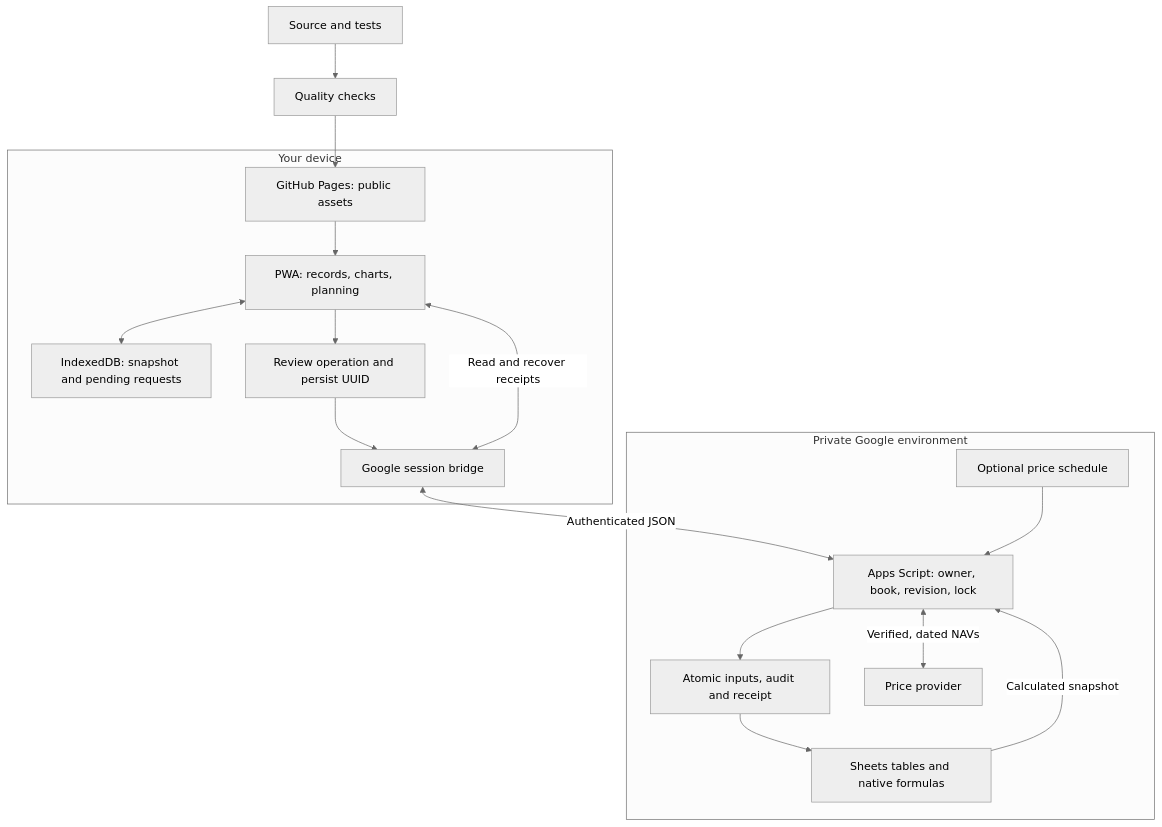
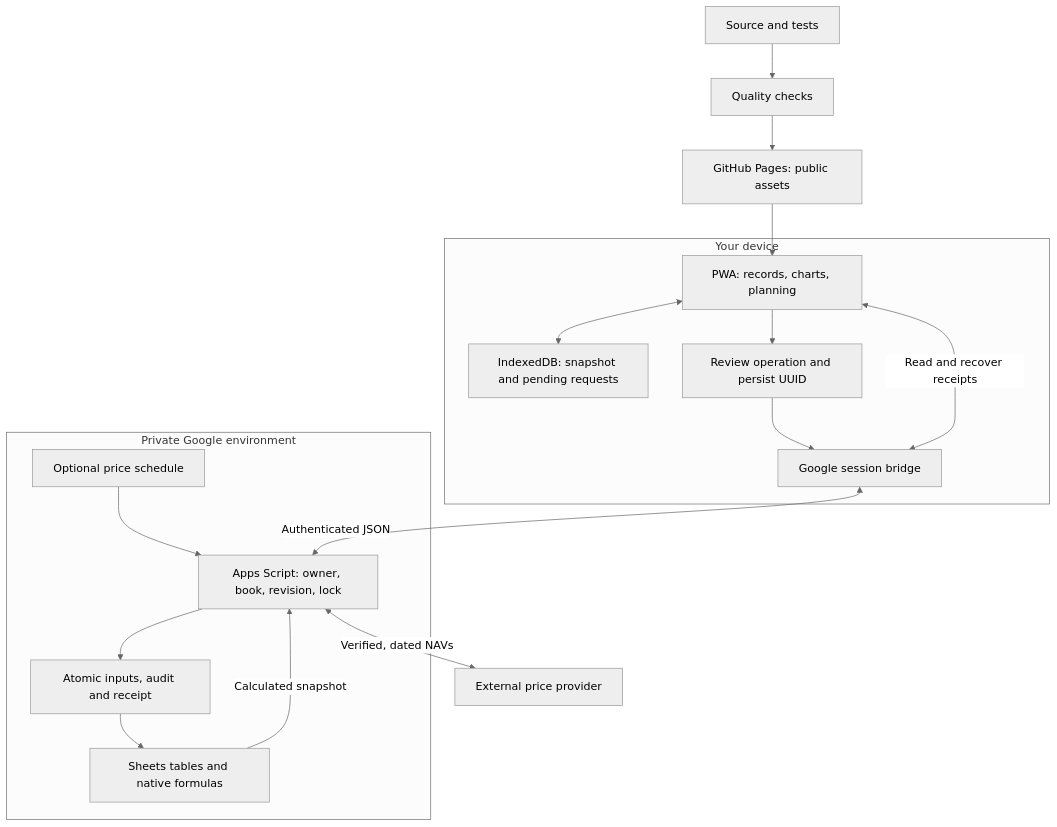
The diagram in README.md (manuuelmarin/finances), drawn with Mermaid (neutral theme) before and after one commit.

Commit message:
docs: clarify hosting and external provider boundaries

````diff
--- a/README.md
+++ b/README.md
@@ -13,20 +13,22 @@
 ```mermaid
 flowchart TD
     Source["Source and tests"] --> CI["Quality checks"]
     CI --> Pages["GitHub Pages: public assets"]
     subgraph Device["Your device"]
-        Pages --> App["PWA: records, charts, planning"]
+        App["PWA: records, charts, planning"]
         App <--> Local["IndexedDB: snapshot and pending requests"]
         App --> Review["Review operation and persist UUID"]
         Review --> Bridge["Google session bridge"]
         App <-->|"Read and recover receipts"| Bridge
     end
     subgraph Google["Private Google environment"]
-        Bridge <-->|"Authenticated JSON"| API["Apps Script: owner, book, revision, lock"]
+        API["Apps Script: owner, book, revision, lock"]
         API --> Batch["Atomic inputs, audit and receipt"]
         Batch --> Sheets["Sheets tables and native formulas"]
         Sheets -->|"Calculated snapshot"| API
         Schedule["Optional price schedule"] --> API
-        API <-->|"Verified, dated NAVs"| Provider["Price provider"]
     end
+    Pages --> App
+    Bridge <-->|"Authenticated JSON"| API
+    API <-->|"Verified, dated NAVs"| Provider["External price provider"]
 ```
````
